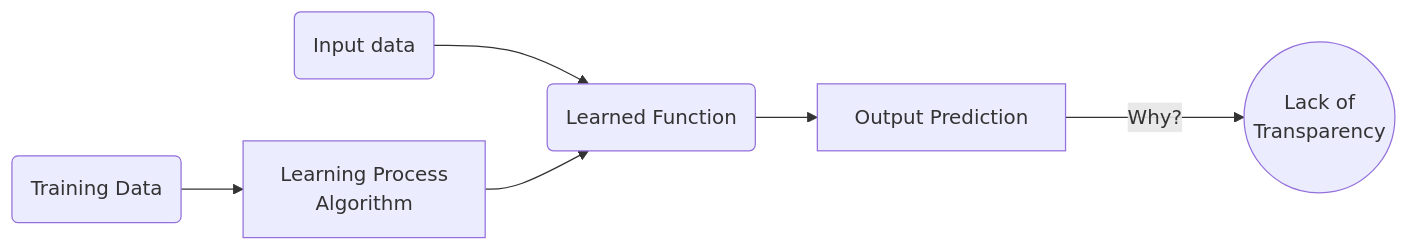
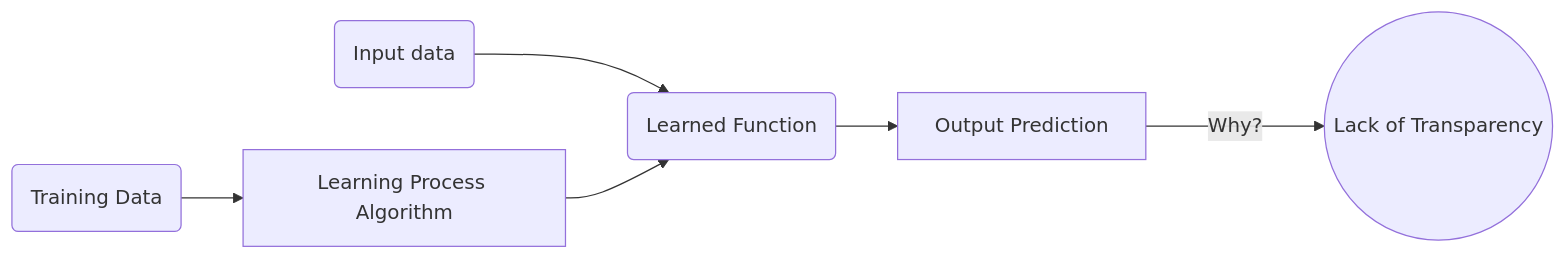
Before and after one commit to HES-XPLAIN/hes-xplain.github.io: the first of 2 diagrams in docs/introduction.md, drawn with Mermaid.

Commit message:
Fix broken new lines in Mermaid graphs (#70)

````diff
--- a/docs/introduction.md
+++ b/docs/introduction.md
@@ -23,8 +23,8 @@
 ```mermaid
 graph LR
 E(Input data) --> C;
-A(Training Data) --> B[Learning Process\nAlgorithm];
+A(Training Data) --> B[Learning Process Algorithm];
 B --> C(Learned Function);
 C --> D[Output Prediction];
-D --->|Why?| F((Lack of\nTransparency));
+D --->|Why?| F((Lack of Transparency));
 ```
````
